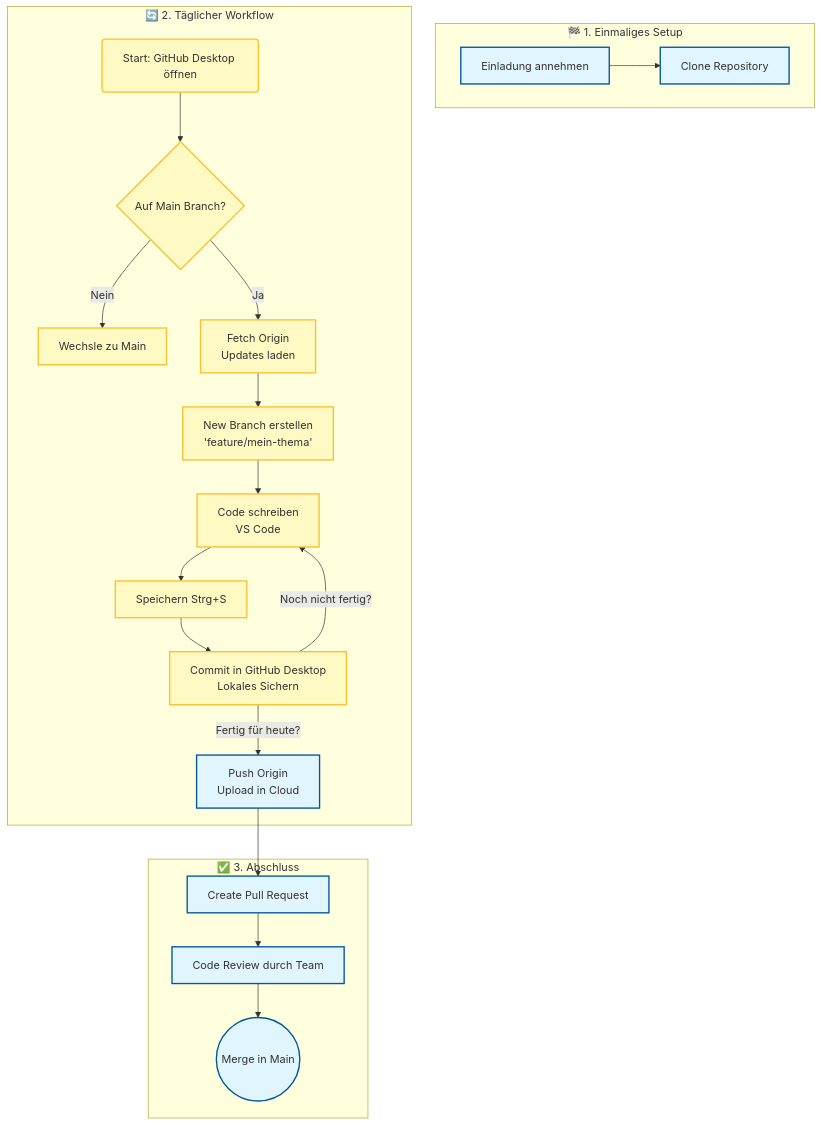
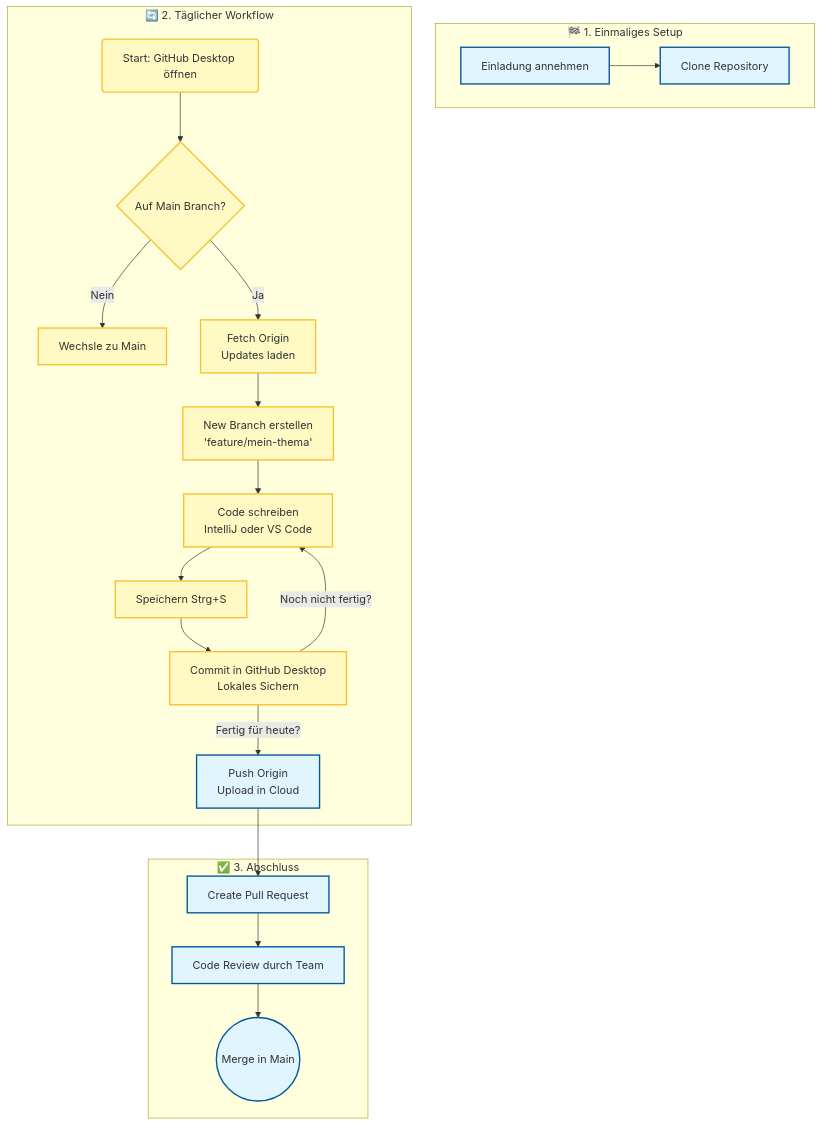
Before and after one commit to dbr-SE/ai4mbse-valido: the diagram in README.md, drawn with Mermaid.

Commit message:
Update README to include IntelliJ for coding
Einfügen von IntelliJ als möglicher Editor statt nur VS Code

````diff
--- a/README.md
+++ b/README.md
@@ -8,35 +8,35 @@
 ```mermaid
 graph TD
     %% Styling definitions
     classDef remote fill:#e1f5fe,stroke:#01579b,stroke-width:2px;
     classDef local fill:#fff9c4,stroke:#fbc02d,stroke-width:2px;
     classDef action fill:#e8f5e9,stroke:#2e7d32,stroke-width:2px;
 
     subgraph SETUP ["🏁 1. Einmaliges Setup"]
         A[Einladung annehmen] --> B[Clone Repository]
     end
 
     subgraph DAILY ["🔄 2. Täglicher Workflow"]
         C(Start: GitHub Desktop öffnen) --> D{Auf Main Branch?}
         D -- Nein --> E[Wechsle zu Main]
         D -- Ja --> F[Fetch Origin<br/>Updates laden]
         F --> G[New Branch erstellen<br/>'feature/mein-thema']
         
-        G --> H[Code schreiben <br/> VS Code]
+        G --> H[Code schreiben <br/> IntelliJ oder VS Code]
         H --> I[Speichern Strg+S]
         I --> J[Commit in GitHub Desktop<br/>Lokales Sichern]
         
         J -- Noch nicht fertig? --> H
         J -- Fertig für heute? --> K[Push Origin<br/>Upload in Cloud]
     end
 
     subgraph FINISH ["✅ 3. Abschluss"]
         K --> L[Create Pull Request]
         L --> M[Code Review durch Team]
         M --> N((Merge in Main))
     end
 
     %% Apply styles
     class A,B,K,L,M,N remote;
     class C,D,E,F,G,H,I,J local;
 ```
````
